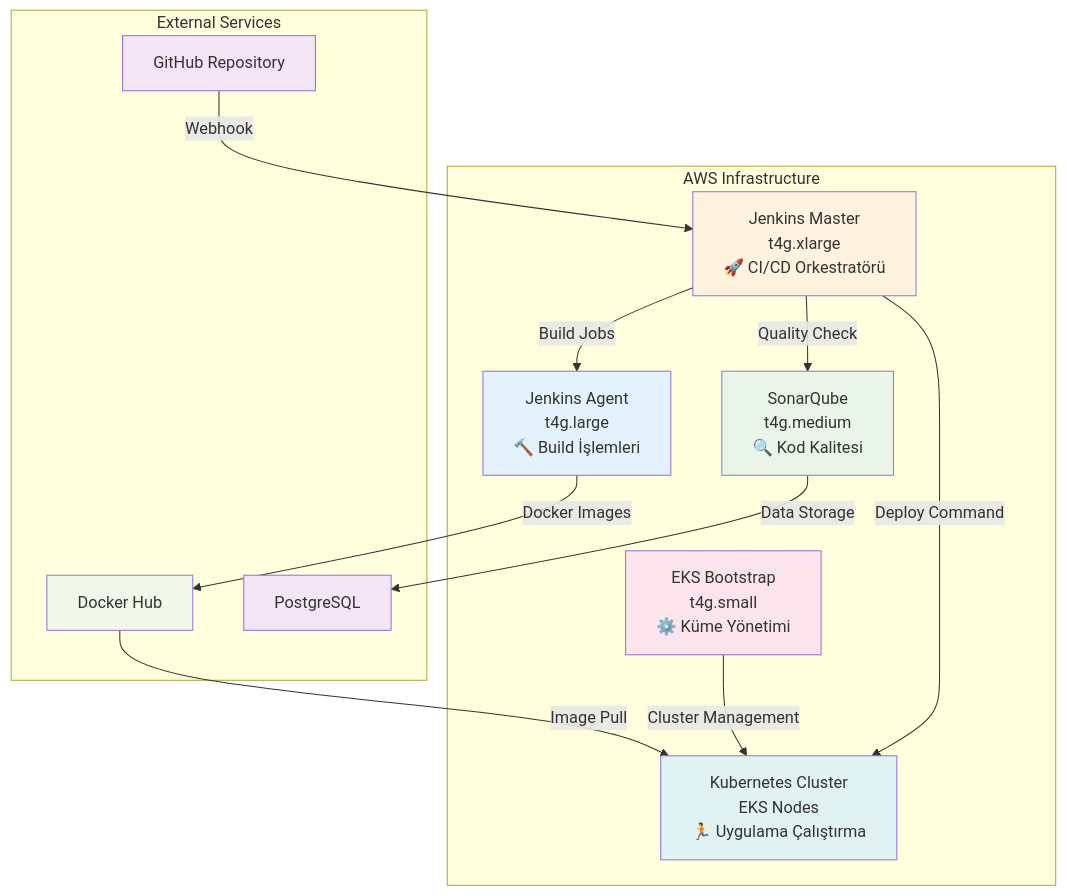
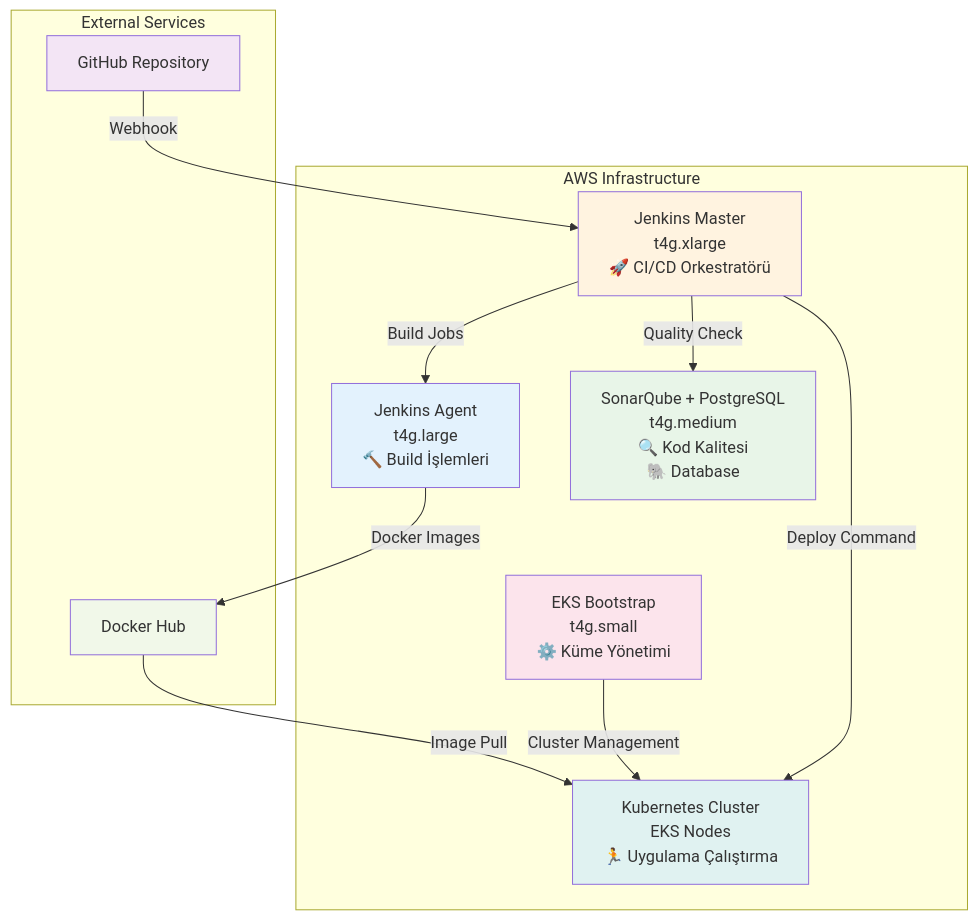
Before and after one commit to onurglr/aws-pipeline: the seventh of 7 diagrams in README.md, drawn with Mermaid. The commit also changed other lines of this file, not shown here.

````diff
--- a/README.md
+++ b/README.md
@@ -320,35 +316,32 @@
 ```mermaid
 graph TB
     subgraph "AWS Infrastructure"
         JM[Jenkins Master<br/>t4g.xlarge<br/>🚀 CI/CD Orkestratörü]
         JA[Jenkins Agent<br/>t4g.large<br/>🔨 Build İşlemleri]
-        SQ[SonarQube<br/>t4g.medium<br/>🔍 Kod Kalitesi]
+        SQ[SonarQube + PostgreSQL<br/>t4g.medium<br/>🔍 Kod Kalitesi<br/>🐘 Database]
         EKS[EKS Bootstrap<br/>t4g.small<br/>⚙️ Küme Yönetimi]
         K8S[Kubernetes Cluster<br/>EKS Nodes<br/>🏃 Uygulama Çalıştırma]
     end
     
     subgraph "External Services"
         GH[GitHub Repository]
         DH[Docker Hub]
-        PG[PostgreSQL]
     end
     
     %% İletişim akışları
     GH -->|Webhook| JM
     JM -->|Build Jobs| JA
     JM -->|Quality Check| SQ
     JM -->|Deploy Command| K8S
     JA -->|Docker Images| DH
     DH -->|Image Pull| K8S
-    SQ -->|Data Storage| PG
     EKS -->|Cluster Management| K8S
     
     style JM fill:#fff3e0
     style JA fill:#e3f2fd
     style SQ fill:#e8f5e8
     style EKS fill:#fce4ec
     style K8S fill:#e0f2f1
     style GH fill:#f3e5f5
     style DH fill:#f1f8e9
-    style PG fill:#f3e5f5
 ```
````
